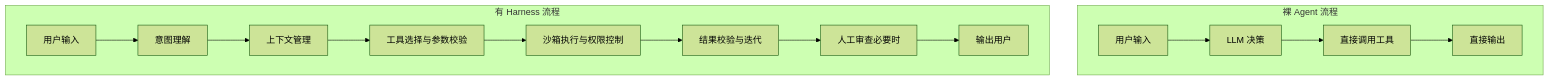
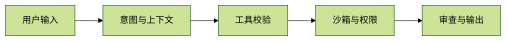
One commit to keyuanweb/ai-learning-path changed the second of 3 diagrams in harness-learning-path/01-为什么需要Harness/01-裸Agent为何不稳定.md. Above: the diagram before and after it, drawn with Mermaid (forest theme). The commit also changed other lines of this file, not shown here.

Commit message:
docs: compact Harness flow comparison diagrams for readability
Split the tall TB subgraph into two horizontal LR flowcharts and a
summary table so the bare-agent vs Harness comparison fits on screen.

````diff
--- a/harness-learning-path/01-为什么需要Harness/01-裸Agent为何不稳定.md
+++ b/harness-learning-path/01-为什么需要Harness/01-裸Agent为何不稳定.md
@@ -26,18 +39,7 @@
 ```mermaid
-flowchart TB
-  subgraph bare [裸 Agent 流程]
-    b1[用户输入] --> b2[LLM 决策]
-    b2 --> b3[直接调用工具]
-    b3 --> b4[直接输出]
-  end
-
-  subgraph harness [有 Harness 流程]
-    h1[用户输入] --> h2[意图理解]
-    h2 --> h3[上下文管理]
-    h3 --> h4[工具选择与参数校验]
-    h4 --> h5[沙箱执行与权限控制]
-    h5 --> h6[结果校验与迭代]
-    h6 --> h7[人工审查必要时]
-    h7 --> h8[输出用户]
-  end
+flowchart LR
+  h1[用户输入] --> h2[意图与上下文]
+  h2 --> h3[工具校验]
+  h3 --> h4[沙箱与权限]
+  h4 --> h5[审查与输出]
 ```
````
